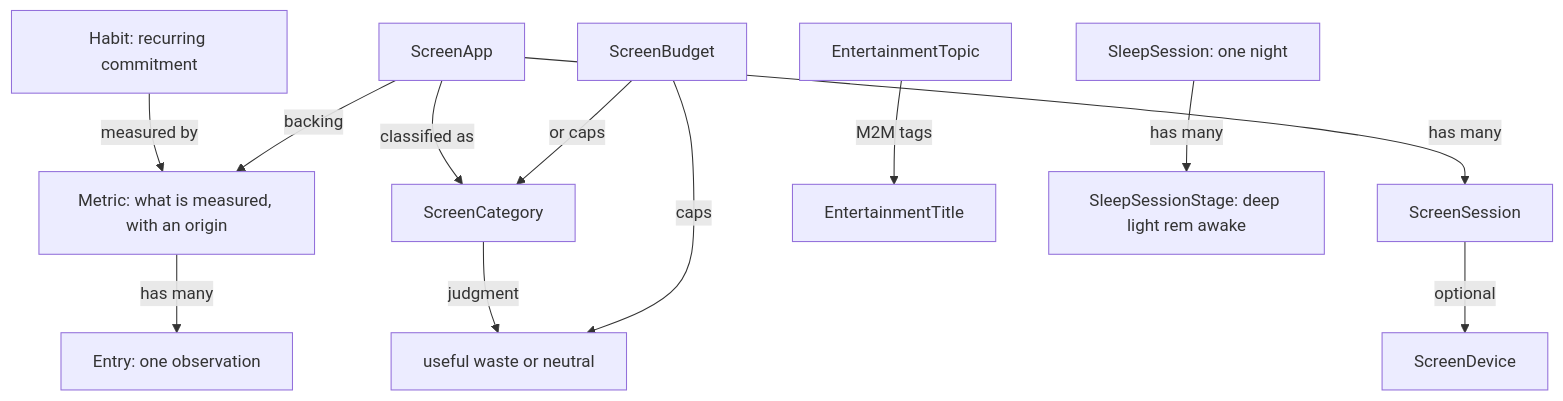
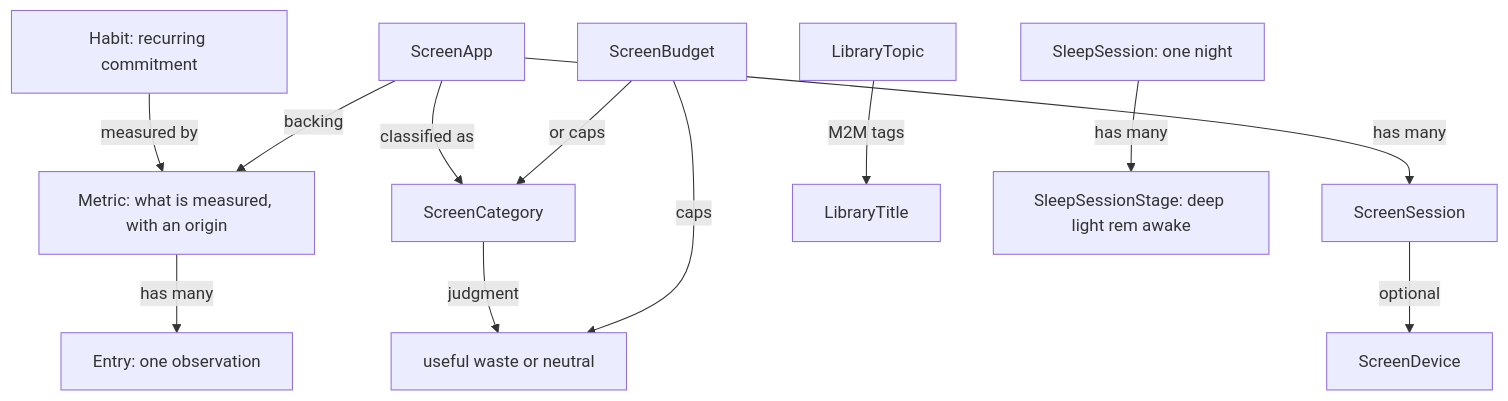
The first of 2 diagrams in docs/architecture/data-model.md (gio-white/atlas), drawn with Mermaid before and after one commit. The commit also changed other lines of this file and 95 other files, not shown here.

First line of the commit message:
Rename Entertainment to Library and Calendar to Plan; add Not scheduled yet

````diff
--- a/docs/architecture/data-model.md
+++ b/docs/architecture/data-model.md
@@ -25,16 +25,16 @@
 ```mermaid
 flowchart TD
   Metric[Metric: what is measured, with an origin] -->|has many| Entry[Entry: one observation]
   Habit[Habit: recurring commitment] -->|measured by| Metric
   ScreenCategory[ScreenCategory] -->|judgment| ScreenJudgment[useful waste or neutral]
   ScreenApp[ScreenApp] -->|classified as| ScreenCategory
   ScreenApp -->|backing| Metric
   ScreenApp -->|has many| ScreenSession[ScreenSession]
   ScreenSession -->|optional| ScreenDevice[ScreenDevice]
   ScreenBudget[ScreenBudget] -->|caps| ScreenJudgment
   ScreenBudget -->|or caps| ScreenCategory
-  EntertainmentTopic[EntertainmentTopic]
-  EntertainmentTitle[EntertainmentTitle]
-  EntertainmentTopic -->|M2M tags| EntertainmentTitle
+  LibraryTopic[LibraryTopic]
+  LibraryTitle[LibraryTitle]
+  LibraryTopic -->|M2M tags| LibraryTitle
   SleepSession[SleepSession: one night] -->|has many| SleepSessionStage[SleepSessionStage: deep light rem awake]
 ```
````
